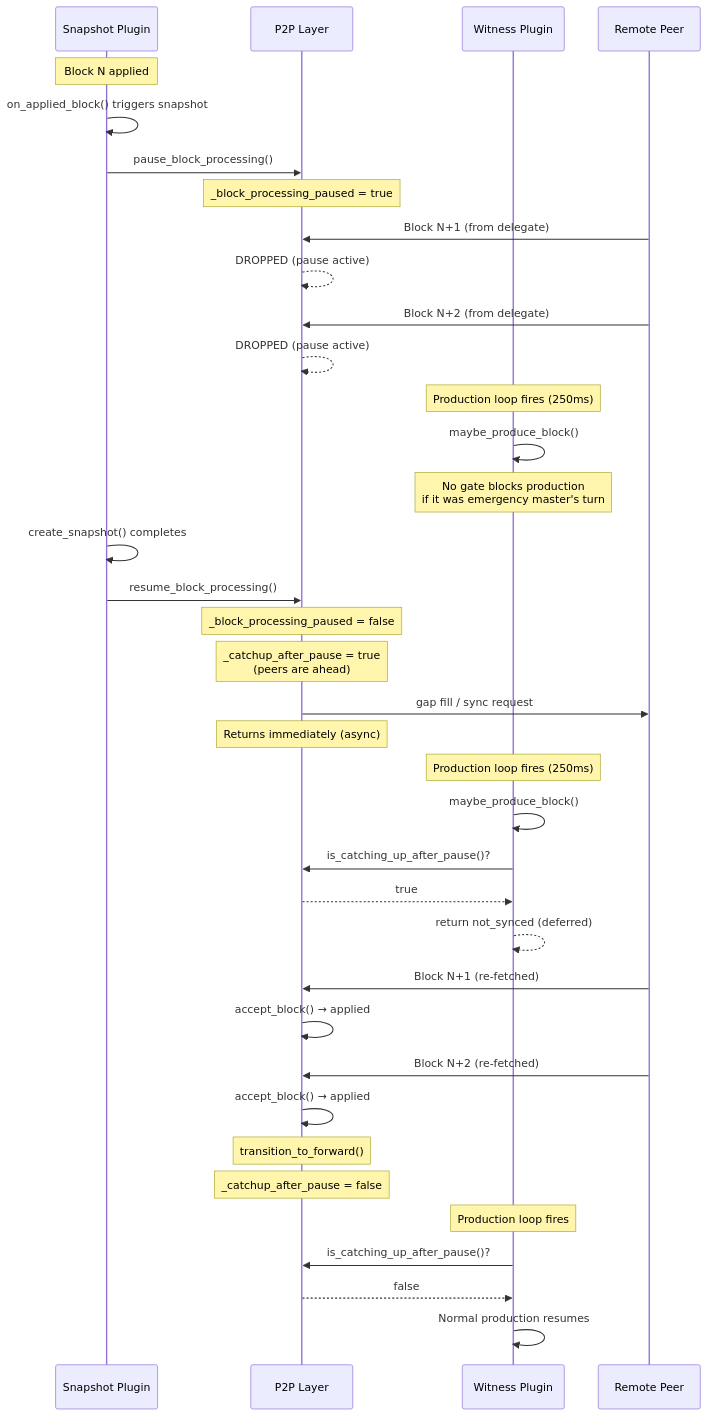
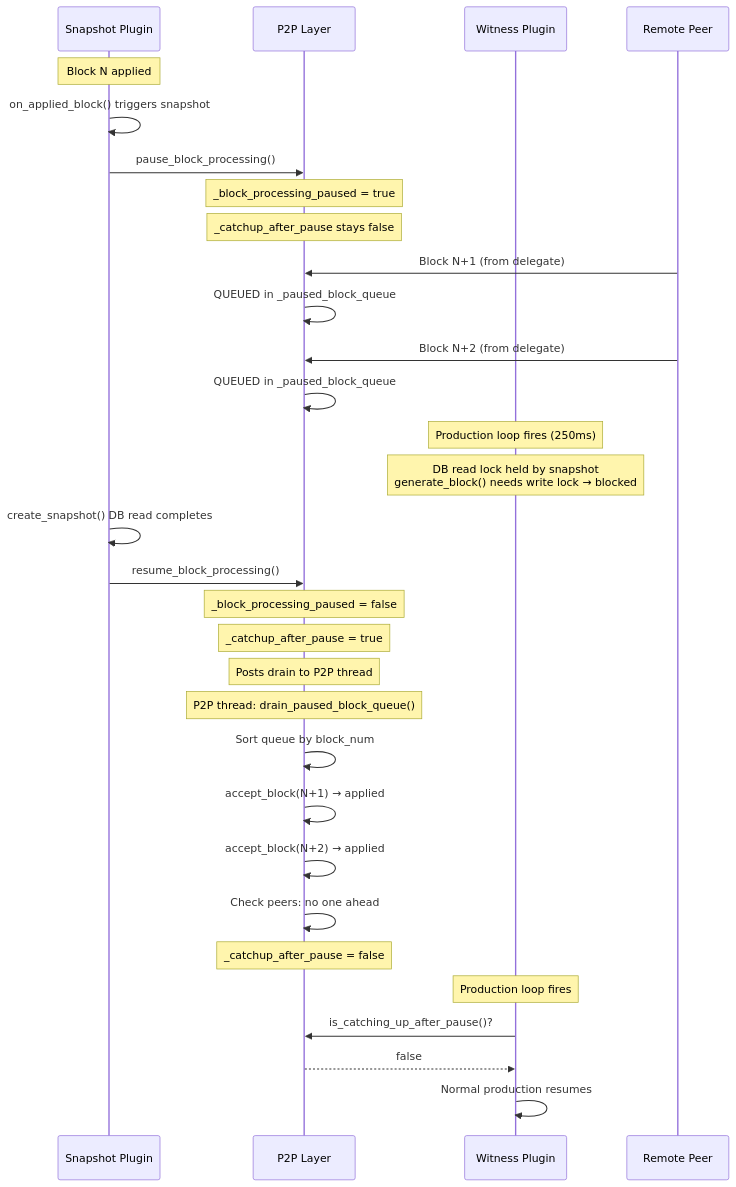
The first of 4 diagrams in .qoder/docs/snapshot-pause-workflow.md (VIZ-Blockchain/viz-cpp-node), drawn with Mermaid before and after one commit. The commit also changed other lines of this file and 2 other files, not shown here.

First line of the commit message:
fix: buffer blocks during snapshot pause instead of dropping them

````diff
--- a/.qoder/docs/snapshot-pause-workflow.md
+++ b/.qoder/docs/snapshot-pause-workflow.md
@@ -14,47 +14,39 @@
 ```mermaid
 sequenceDiagram
     participant SP as Snapshot Plugin
     participant P2P as P2P Layer
     participant W as Witness Plugin
     participant Peer as Remote Peer
 
     Note over SP: Block N applied
     SP->>SP: on_applied_block() triggers snapshot
     SP->>P2P: pause_block_processing()
     Note over P2P: _block_processing_paused = true
+    Note over P2P: _catchup_after_pause stays false
 
     Peer->>P2P: Block N+1 (from delegate)
-    P2P-->>P2P: DROPPED (pause active)
+    P2P->>P2P: QUEUED in _paused_block_queue
     Peer->>P2P: Block N+2 (from delegate)
-    P2P-->>P2P: DROPPED (pause active)
+    P2P->>P2P: QUEUED in _paused_block_queue
 
     Note over W: Production loop fires (250ms)
-    W->>W: maybe_produce_block()
-    Note over W: No gate blocks production<br/>if it was emergency master's turn
+    Note over W: DB read lock held by snapshot<br/>generate_block() needs write lock → blocked
 
-    SP->>SP: create_snapshot() completes
+    SP->>SP: create_snapshot() DB read completes
     SP->>P2P: resume_block_processing()
     Note over P2P: _block_processing_paused = false
-    Note over P2P: _catchup_after_pause = true<br/>(peers are ahead)
-    P2P->>Peer: gap fill / sync request
-    Note over P2P: Returns immediately (async)
+    Note over P2P: _catchup_after_pause = true
+    Note over P2P: Posts drain to P2P thread
 
-    Note over W: Production loop fires (250ms)
-    W->>W: maybe_produce_block()
-    W->>P2P: is_catching_up_after_pause()?
-    P2P-->>W: true
-    W-->>W: return not_synced (deferred)
-
-    Peer->>P2P: Block N+1 (re-fetched)
-    P2P->>P2P: accept_block() → applied
-    Peer->>P2P: Block N+2 (re-fetched)
-    P2P->>P2P: accept_block() → applied
-
-    Note over P2P: transition_to_forward()
+    Note over P2P: P2P thread: drain_paused_block_queue()
+    P2P->>P2P: Sort queue by block_num
+    P2P->>P2P: accept_block(N+1) → applied
+    P2P->>P2P: accept_block(N+2) → applied
+    P2P->>P2P: Check peers: no one ahead
     Note over P2P: _catchup_after_pause = false
 
     Note over W: Production loop fires
     W->>P2P: is_catching_up_after_pause()?
     P2P-->>W: false
     W->>W: Normal production resumes
 ```
````
